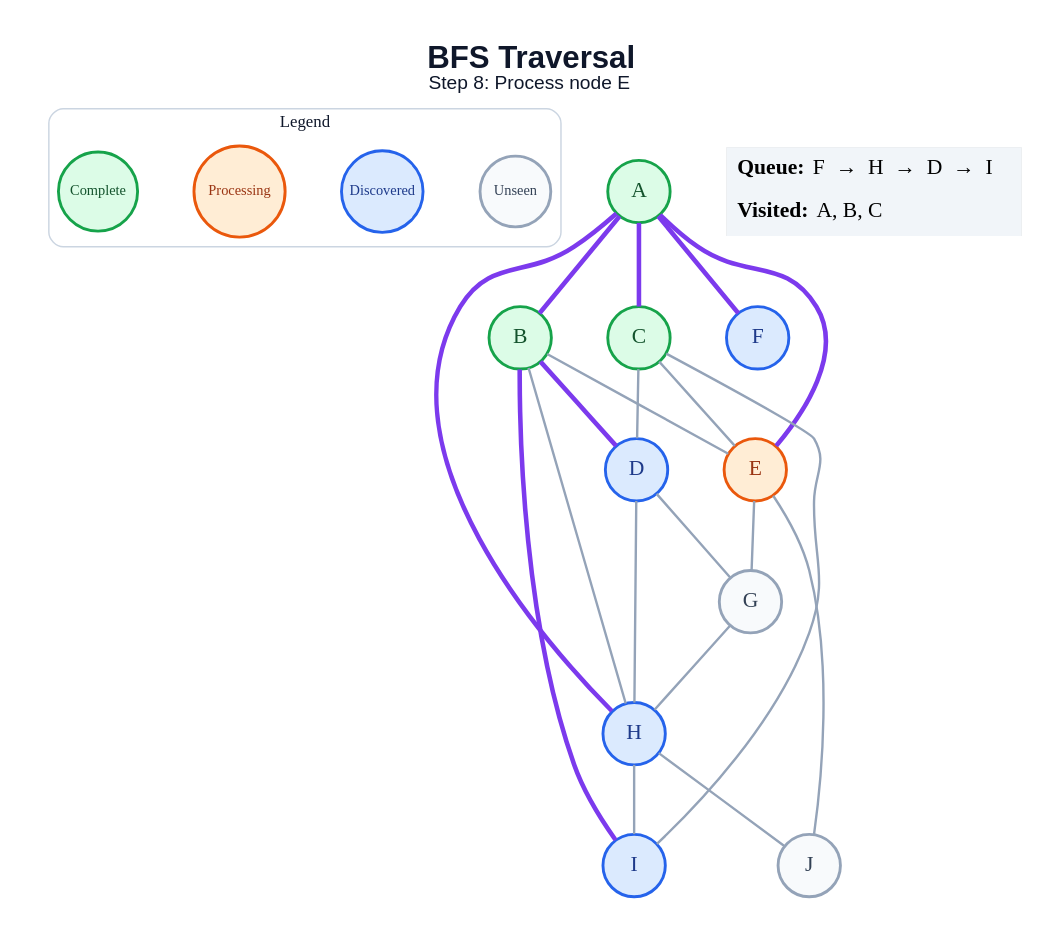
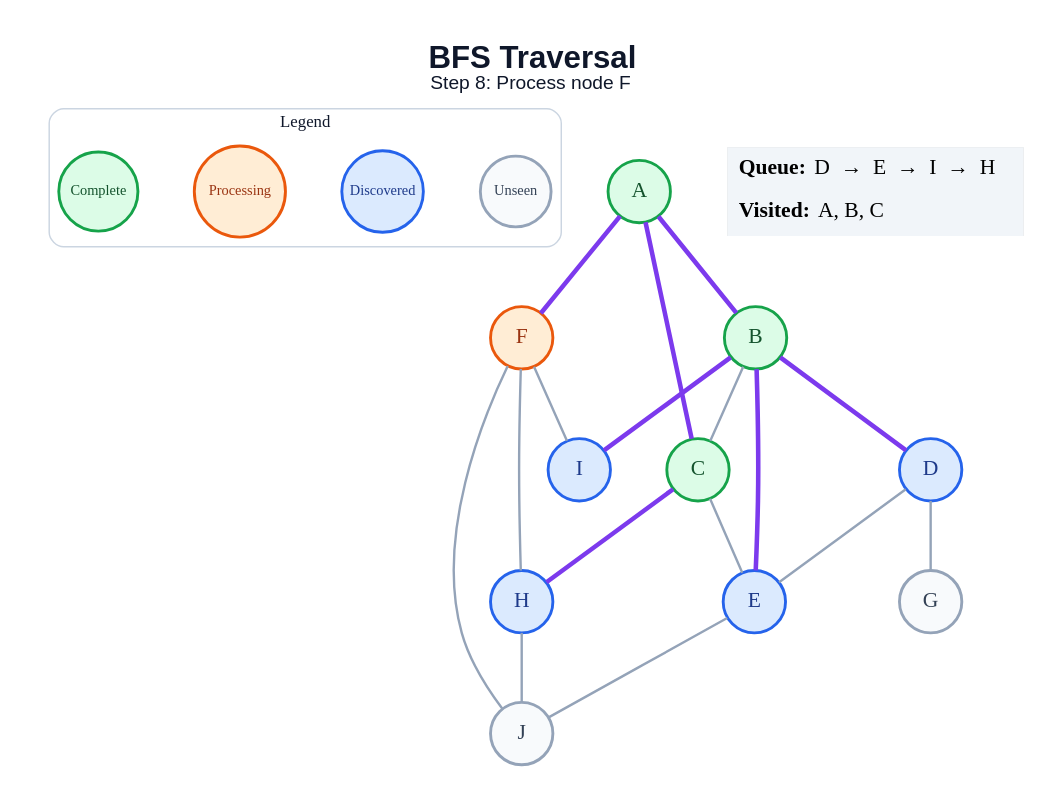
One commit to anon7238593-create/ai-slop changed the diagram in generated/bfs/step_08.dot. Above: the diagram before and after it, drawn with Graphviz. The commit also changed 171 other files, not shown here.

```diff
--- a/generated/bfs/step_08.dot
+++ b/generated/bfs/step_08.dot
@@ -1,48 +1,45 @@
 graph traversal {
   graph [layout=dot, rankdir=TB, bgcolor="#FFFFFF", pad="0.35", nodesep="0.65", ranksep="0.8", fontname="Arial"];
   node [shape=circle, style="filled", fontname="Arial Bold", fontsize=18, width=0.72, fixedsize=true, penwidth=2.4];
   edge [color="#94A3B8", penwidth=2.0];
-  label=<<B>BFS Traversal</B><BR/><FONT POINT-SIZE="16">Step 8: Process node E</FONT>>; labelloc="t"; fontsize=26; fontname="Arial"; fontcolor="#0F172A";
+  label=<<B>BFS Traversal</B><BR/><FONT POINT-SIZE="16">Step 8: Process node F</FONT>>; labelloc="t"; fontsize=26; fontname="Arial"; fontcolor="#0F172A";
   subgraph cluster_legend { label="Legend"; color="#CBD5E1"; penwidth=1.2; style="rounded"; fontsize=14; fontname="Arial Bold";
     key_unseen [label="Unseen", fillcolor="#F8FAFC", color="#94A3B8", fontcolor="#334155", fontsize=12, width=0.82];
     key_frontier [label="Discovered", fillcolor="#DBEAFE", color="#2563EB", fontcolor="#1E3A8A", fontsize=12, width=0.95];
     key_current [label="Processing", fillcolor="#FFEDD5", color="#EA580C", fontcolor="#9A3412", fontsize=12, width=1.05];
     key_done [label="Complete", fillcolor="#DCFCE7", color="#16A34A", fontcolor="#14532D", fontsize=12, width=0.92];
     { rank=same; key_unseen; key_frontier; key_current; key_done; }
   }
   A [fillcolor="#DCFCE7", color="#16A34A", fontcolor="#14532D"];
   B [fillcolor="#DCFCE7", color="#16A34A", fontcolor="#14532D"];
   C [fillcolor="#DCFCE7", color="#16A34A", fontcolor="#14532D"];
   D [fillcolor="#DBEAFE", color="#2563EB", fontcolor="#1E3A8A"];
-  E [fillcolor="#FFEDD5", color="#EA580C", fontcolor="#9A3412"];
-  F [fillcolor="#DBEAFE", color="#2563EB", fontcolor="#1E3A8A"];
+  E [fillcolor="#DBEAFE", color="#2563EB", fontcolor="#1E3A8A"];
+  F [fillcolor="#FFEDD5", color="#EA580C", fontcolor="#9A3412"];
   G [fillcolor="#F8FAFC", color="#94A3B8", fontcolor="#334155"];
   H [fillcolor="#DBEAFE", color="#2563EB", fontcolor="#1E3A8A"];
   I [fillcolor="#DBEAFE", color="#2563EB", fontcolor="#1E3A8A"];
   J [fillcolor="#F8FAFC", color="#94A3B8", fontcolor="#334155"];
   A -- B [color="#7C3AED", penwidth=3.8];
   A -- C [color="#7C3AED", penwidth=3.8];
-  A -- E [color="#7C3AED", penwidth=3.8];
   A -- F [color="#7C3AED", penwidth=3.8];
-  A -- H [color="#7C3AED", penwidth=3.8];
+  B -- C;
   B -- D [color="#7C3AED", penwidth=3.8];
-  B -- E;
-  B -- H;
+  B -- E [color="#7C3AED", penwidth=3.8];
   B -- I [color="#7C3AED", penwidth=3.8];
-  C -- D;
   C -- E;
-  C -- I;
+  C -- H [color="#7C3AED", penwidth=3.8];
+  D -- E;
   D -- G;
-  D -- H;
-  E -- G;
   E -- J;
-  G -- H;
-  H -- I;
+  F -- H;
+  F -- I;
+  F -- J;
   H -- J;
   status [shape=plain, fixedsize=false, width=0, height=0, margin=0, label=<
     <TABLE BORDER="0" CELLBORDER="0" CELLPADDING="7" BGCOLOR="#F1F5F9">
-      <TR><TD ALIGN="LEFT"><B>Queue:</B> F  →  H  →  D  →  I</TD></TR>
+      <TR><TD ALIGN="LEFT"><B>Queue:</B> D  →  E  →  I  →  H</TD></TR>
       <TR><TD ALIGN="LEFT"><B>Visited:</B> A, B, C</TD></TR>
     </TABLE>
   >];
 }
```
